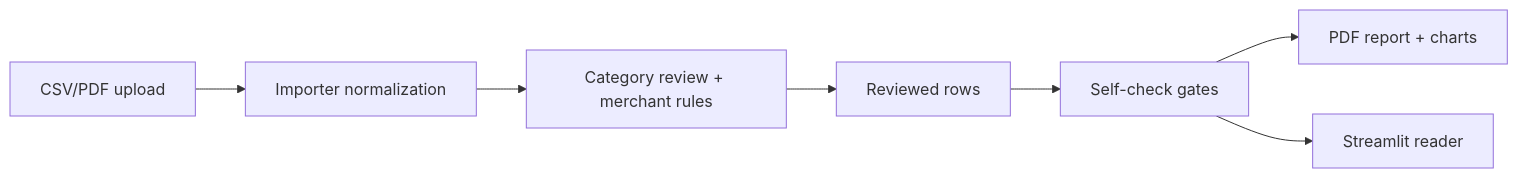
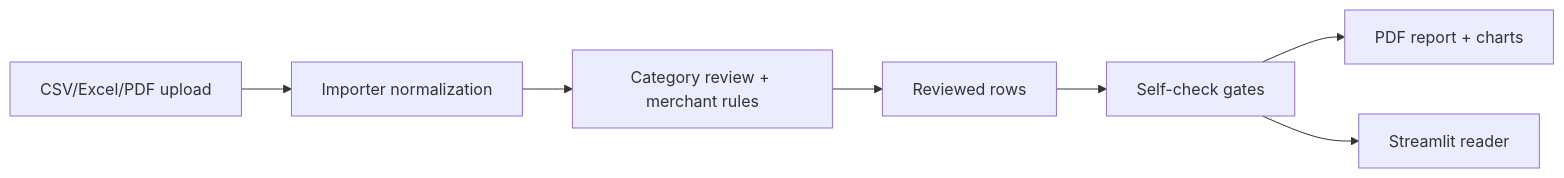
Before and after one commit to Pmadge/personal-finance-cfo-agent: the diagram in README.md, drawn with Mermaid. The commit also changed other lines of this file and 9 other files, not shown here.

````diff
--- a/README.md
+++ b/README.md
@@ -87,9 +87,9 @@
 ```mermaid
 flowchart LR
-    A[CSV/PDF upload] --> B[Importer normalization]
+    A[CSV/Excel/PDF upload] --> B[Importer normalization]
     B --> C[Category review + merchant rules]
     C --> D[Reviewed rows]
     D --> E[Self-check gates]
     E --> F[PDF report + charts]
     E --> G[Streamlit reader]
 ```
````
